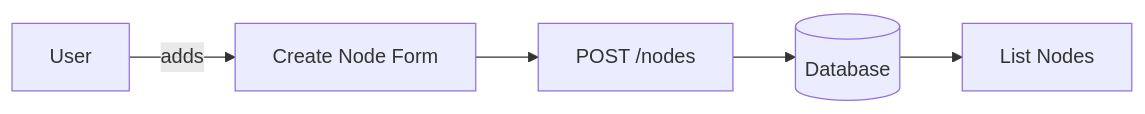
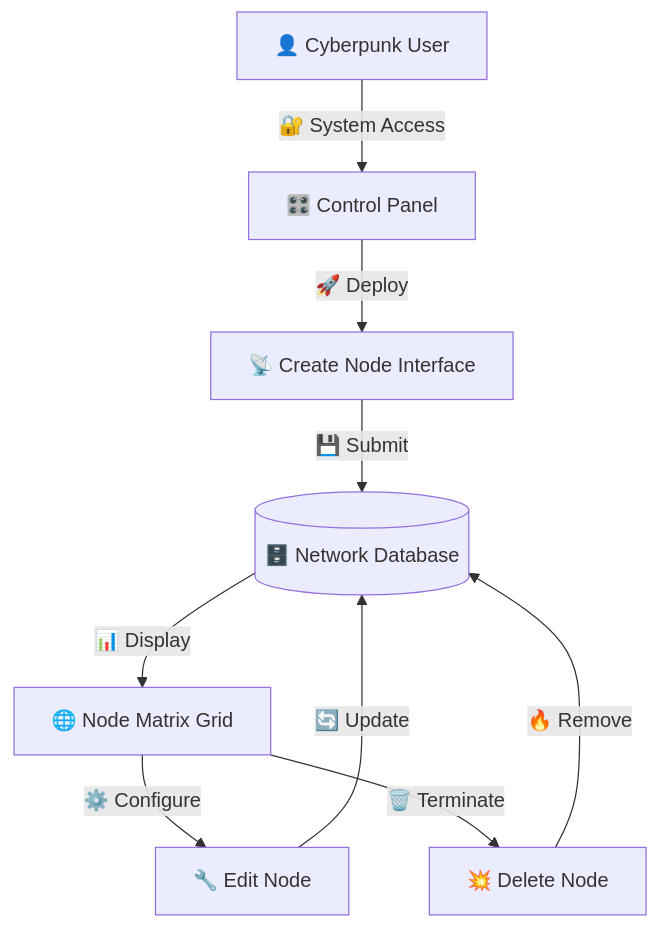
One commit to YerayAR/PHP-Laravel-Basic changed the second of 2 diagrams in README.md. Above: the diagram before and after it, drawn with Mermaid. The commit also changed other lines of this file and 14 other files, not shown here.

````diff
--- a/README.md
+++ b/README.md
@@ -146,7 +211,11 @@
 ```mermaid
-flowchart LR
-    A[User] -->|adds| B[Create Node Form]
-    B --> C[POST /nodes]
-    C --> D[(Database)]
-    D --> E[List Nodes]
+flowchart TD
+    A[👤 Cyberpunk User] -->|🔐 System Access| B[🎛️ Control Panel]
+    B -->|🚀 Deploy| C[📡 Create Node Interface]
+    C -->|💾 Submit| D[(🗄️ Network Database)]
+    D -->|📊 Display| E[🌐 Node Matrix Grid]
+    E -->|⚙️ Configure| F[🔧 Edit Node]
+    E -->|🗑️ Terminate| G[💥 Delete Node]
+    F -->|🔄 Update| D
+    G -->|🔥 Remove| D
 ```
````
